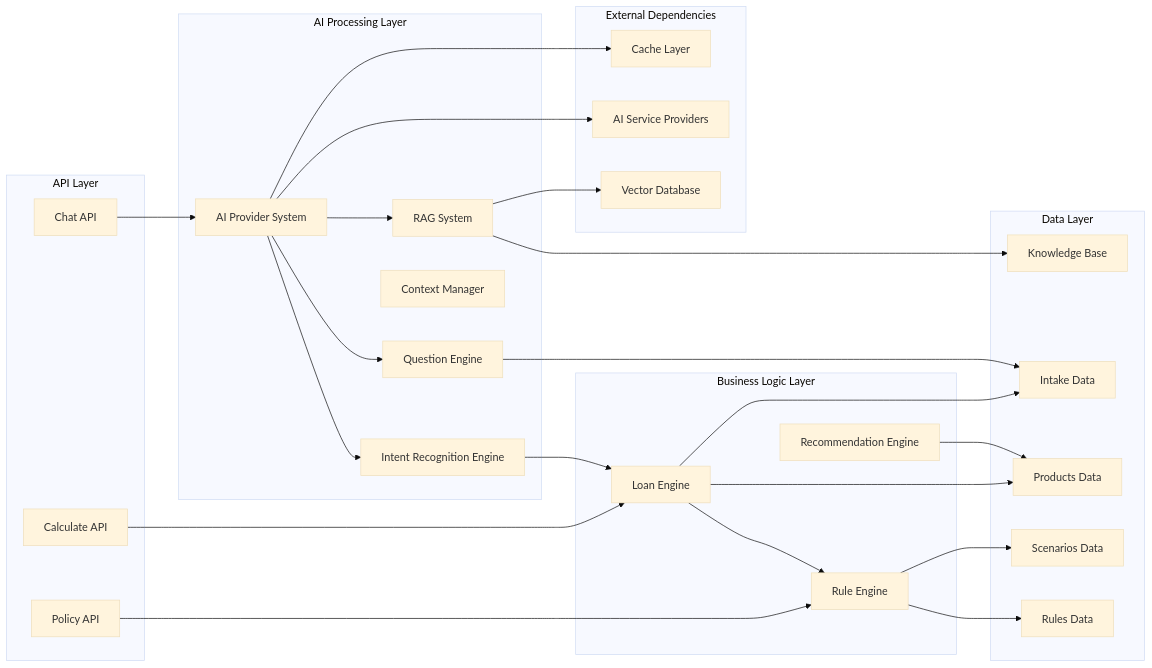
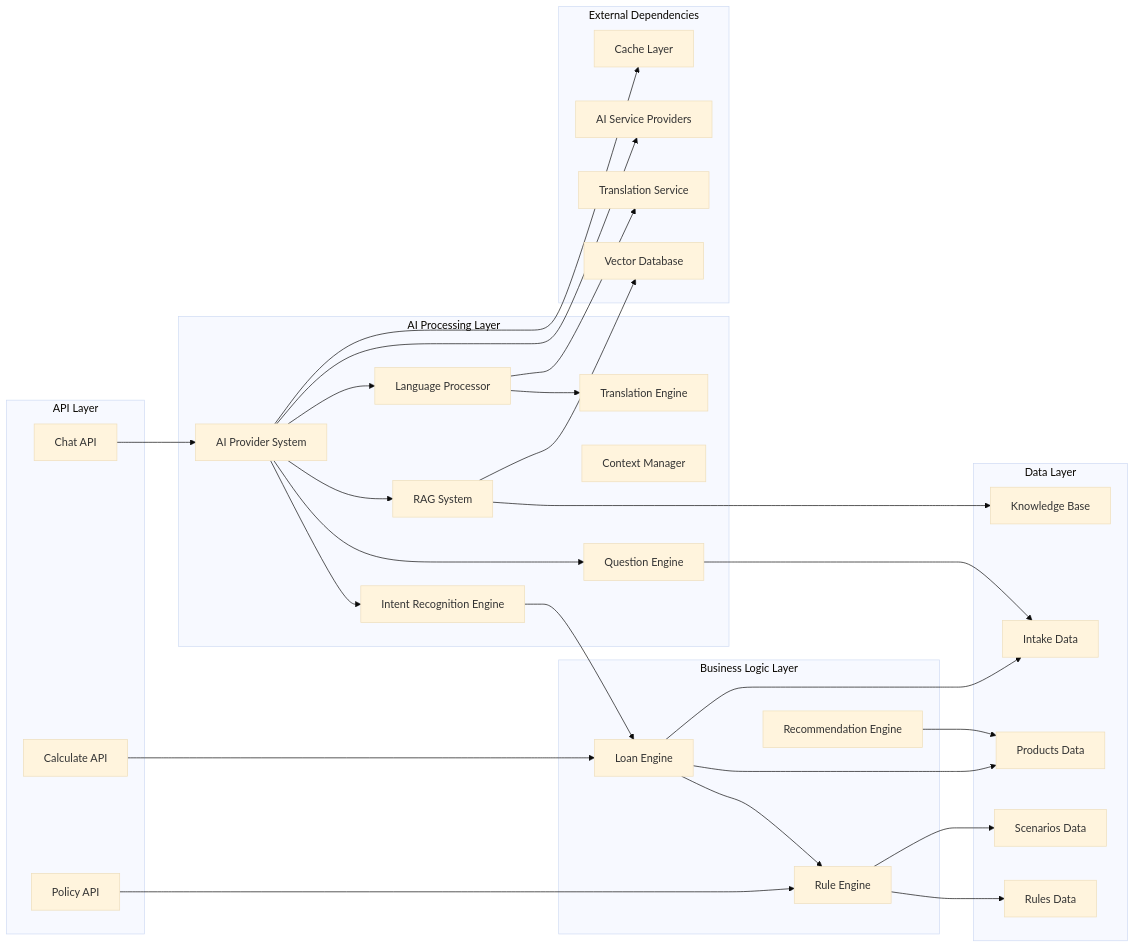
The ninth of 9 diagrams in .qoder/repowiki/en/content/Chat Interface/AI Processing Engine.md (alibaba-hackathon-fsi/frontend-vaya), drawn with Mermaid (base theme) before and after one commit. The commit also changed other lines of this file and 36 other files, not shown here.

````diff
--- a/.qoder/repowiki/en/content/Chat Interface/AI Processing Engine.md
+++ b/.qoder/repowiki/en/content/Chat Interface/AI Processing Engine.md
@@ -472,50 +555,56 @@
 ```mermaid
 graph LR
 subgraph "API Layer"
 ChatAPI[Chat API]
 CalcAPI[Calculate API]
 PolicyAPI[Policy API]
 end
 subgraph "AI Processing Layer"
 ProviderSystem[AI Provider System]
 IntentRecognition[Intent Recognition Engine]
 QuestionEngine[Question Engine]
 RAGSystem[RAG System]
 ContextManager[Context Manager]
+LanguageProcessor[Language Processor]
+TranslationEngine[Translation Engine]
 end
 subgraph "Business Logic Layer"
 LoanEngine[Loan Engine]
 RuleEngine[Rule Engine]
 RecommendationEngine[Recommendation Engine]
 end
 subgraph "Data Layer"
 IntakeData[Intake Data]
 RulesData[Rules Data]
 ProductsData[Products Data]
 ScenariosData[Scenarios Data]
 KnowledgeBase[Knowledge Base]
 end
 subgraph "External Dependencies"
 AIService[AI Service Providers]
 Cache[Cache Layer]
 VectorDB[Vector Database]
+TranslationService[Translation Service]
 end
 ChatAPI --> ProviderSystem
 CalcAPI --> LoanEngine
 PolicyAPI --> RuleEngine
 ProviderSystem --> IntentRecognition
 ProviderSystem --> QuestionEngine
 ProviderSystem --> RAGSystem
+ProviderSystem --> LanguageProcessor
+LanguageProcessor --> TranslationEngine
 IntentRecognition --> LoanEngine
 QuestionEngine --> IntakeData
 RAGSystem --> KnowledgeBase
 RAGSystem --> VectorDB
 LoanEngine --> RuleEngine
 RuleEngine --> RulesData
 ProviderSystem --> AIService
 ProviderSystem --> Cache
 LoanEngine --> ProductsData
 LoanEngine --> IntakeData
 RuleEngine --> ScenariosData
 RecommendationEngine --> ProductsData
+LanguageProcessor --> TranslationService
 ```
````
